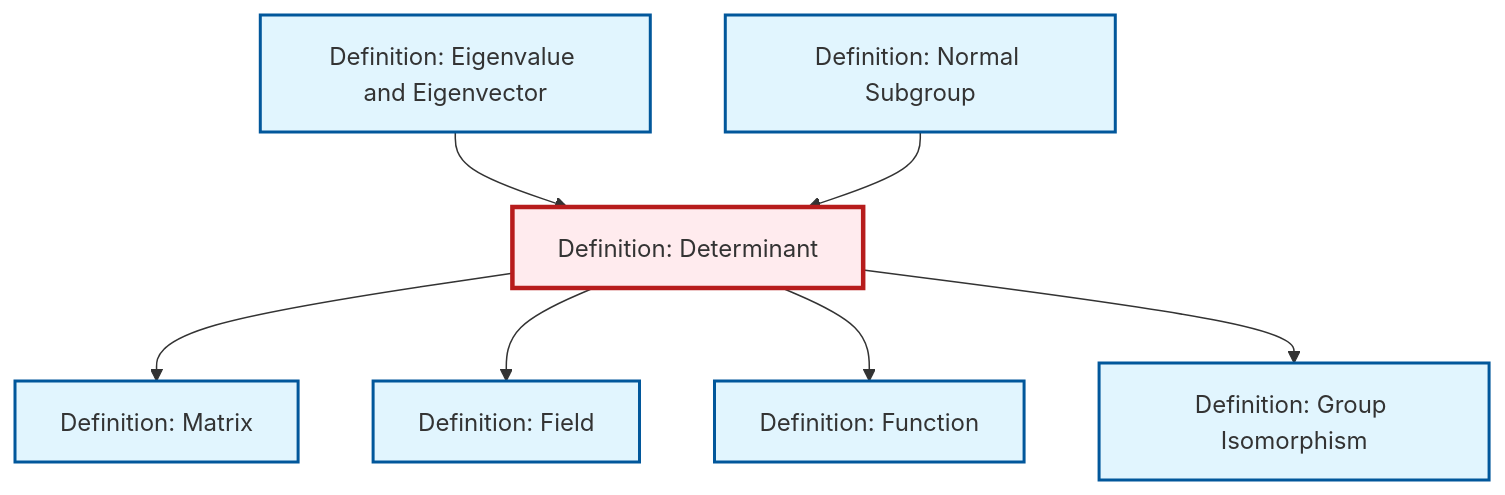
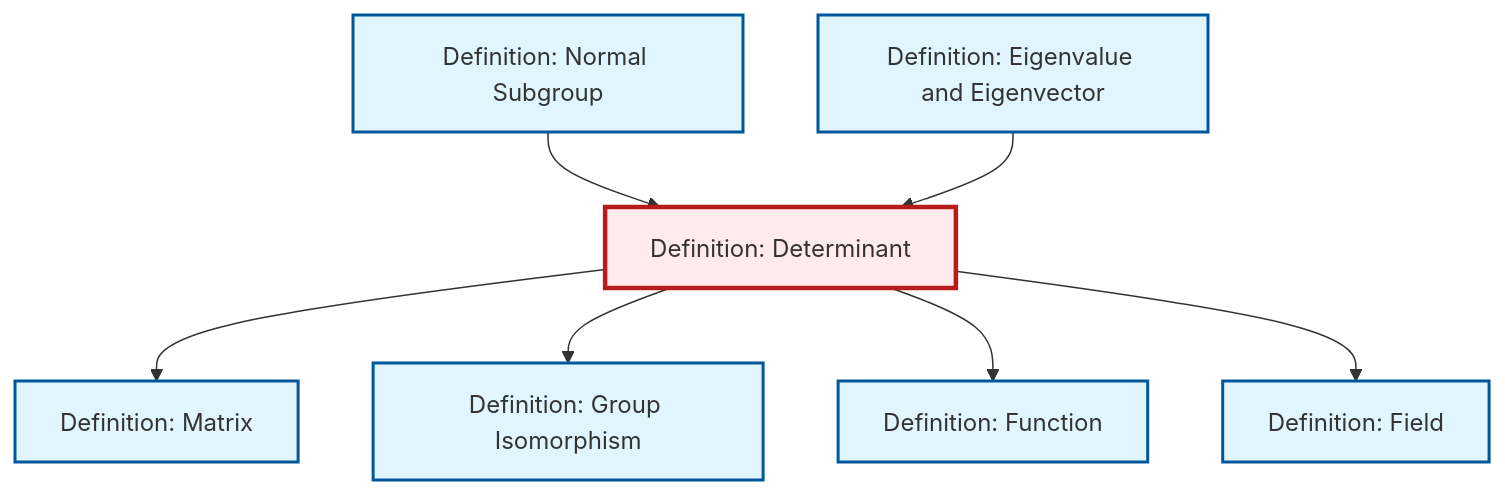
Before and after one commit to RK0429/ModernMath: the diagram in content/en/algebra/def-determinant.qmd, drawn with Mermaid. The commit also changed other lines of this file and 619 other files, not shown here.

````diff
--- a/content/en/algebra/def-determinant.qmd
+++ b/content/en/algebra/def-determinant.qmd
@@ -81,29 +81,29 @@
 ```{mermaid}
 %%| fig-cap: "Local dependency graph"
 graph TD
     classDef definition fill:#e1f5fe,stroke:#01579b,stroke-width:2px
     classDef theorem fill:#f3e5f5,stroke:#4a148c,stroke-width:2px
     classDef axiom fill:#fff3e0,stroke:#e65100,stroke-width:2px
     classDef example fill:#e8f5e9,stroke:#1b5e20,stroke-width:2px
     classDef current fill:#ffebee,stroke:#b71c1c,stroke-width:3px
-    def-function["Definition: Function"]:::definition
+    def-normal-subgroup["Definition: Normal Subgroup"]:::definition
+    def-determinant["Definition: Determinant"]:::definition
+    def-eigenvalue-eigenvector["Definition: Eigenvalue and Eigenvector"]:::definition
     def-isomorphism["Definition: Group Isomorphism"]:::definition
     def-field["Definition: Field"]:::definition
-    def-determinant["Definition: Determinant"]:::definition
     def-matrix["Definition: Matrix"]:::definition
-    def-normal-subgroup["Definition: Normal Subgroup"]:::definition
-    def-eigenvalue-eigenvector["Definition: Eigenvalue and Eigenvector"]:::definition
+    def-function["Definition: Function"]:::definition
     def-determinant --> def-matrix
-    def-eigenvalue-eigenvector --> def-determinant
-    def-determinant --> def-field
-    def-determinant --> def-function
     def-normal-subgroup --> def-determinant
     def-determinant --> def-isomorphism
+    def-determinant --> def-function
+    def-determinant --> def-field
+    def-eigenvalue-eigenvector --> def-determinant
     class def-determinant current
-    click def-function "def-function.html" "Go to Function definition"
+    click def-normal-subgroup "def-normal-subgroup.html" "Go to Normal Subgroup definition"
+    click def-eigenvalue-eigenvector "def-eigenvalue-eigenvector.html" "Go to Eigenvalue and Eigenvector definition"
     click def-isomorphism "def-isomorphism.html" "Go to Group Isomorphism definition"
     click def-field "def-field.html" "Go to Field definition"
     click def-matrix "def-matrix.html" "Go to Matrix definition"
-    click def-normal-subgroup "def-normal-subgroup.html" "Go to Normal Subgroup definition"
-    click def-eigenvalue-eigenvector "def-eigenvalue-eigenvector.html" "Go to Eigenvalue and Eigenvector definition"
+    click def-function "def-function.html" "Go to Function definition"
 ```
````
